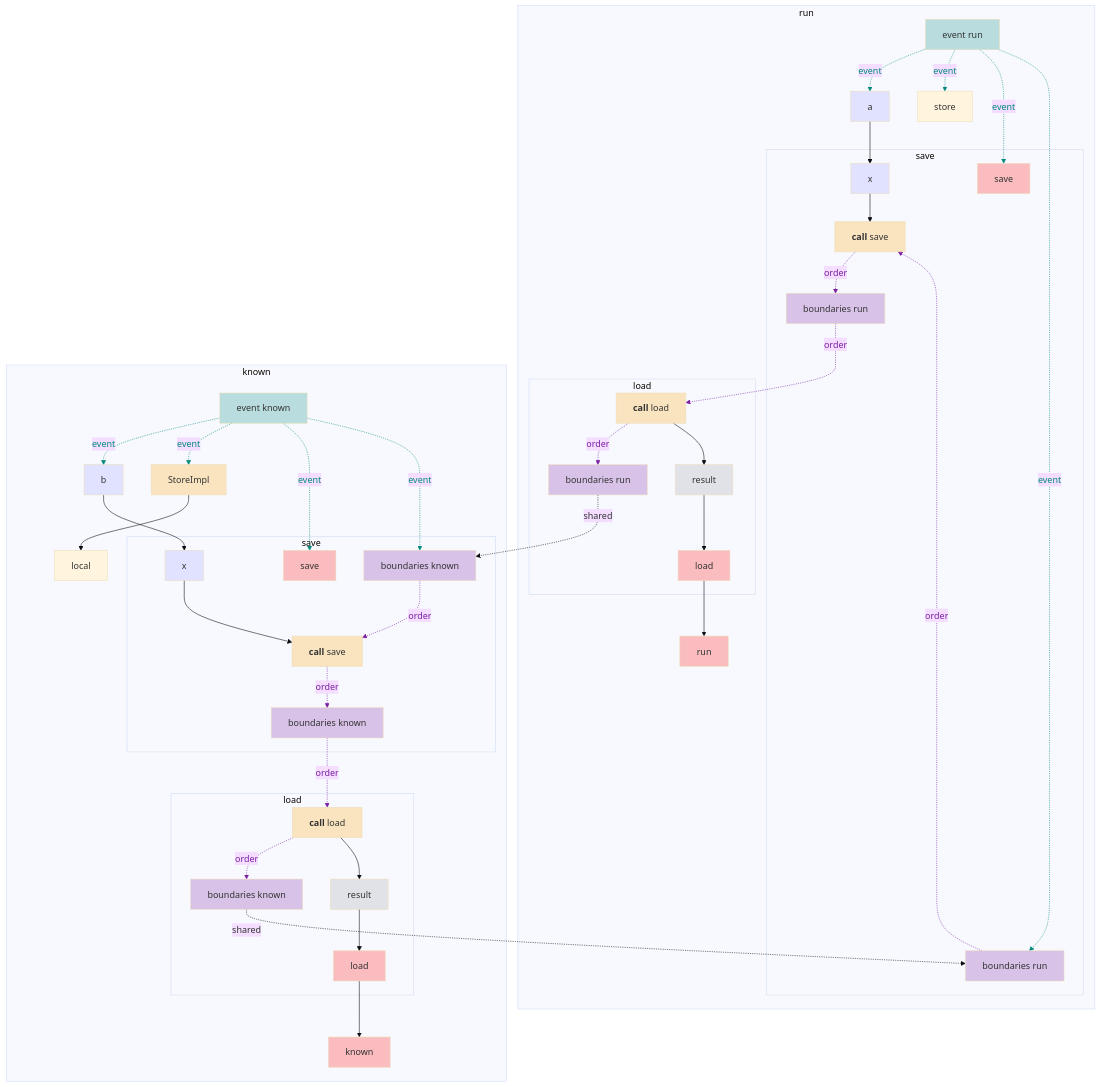
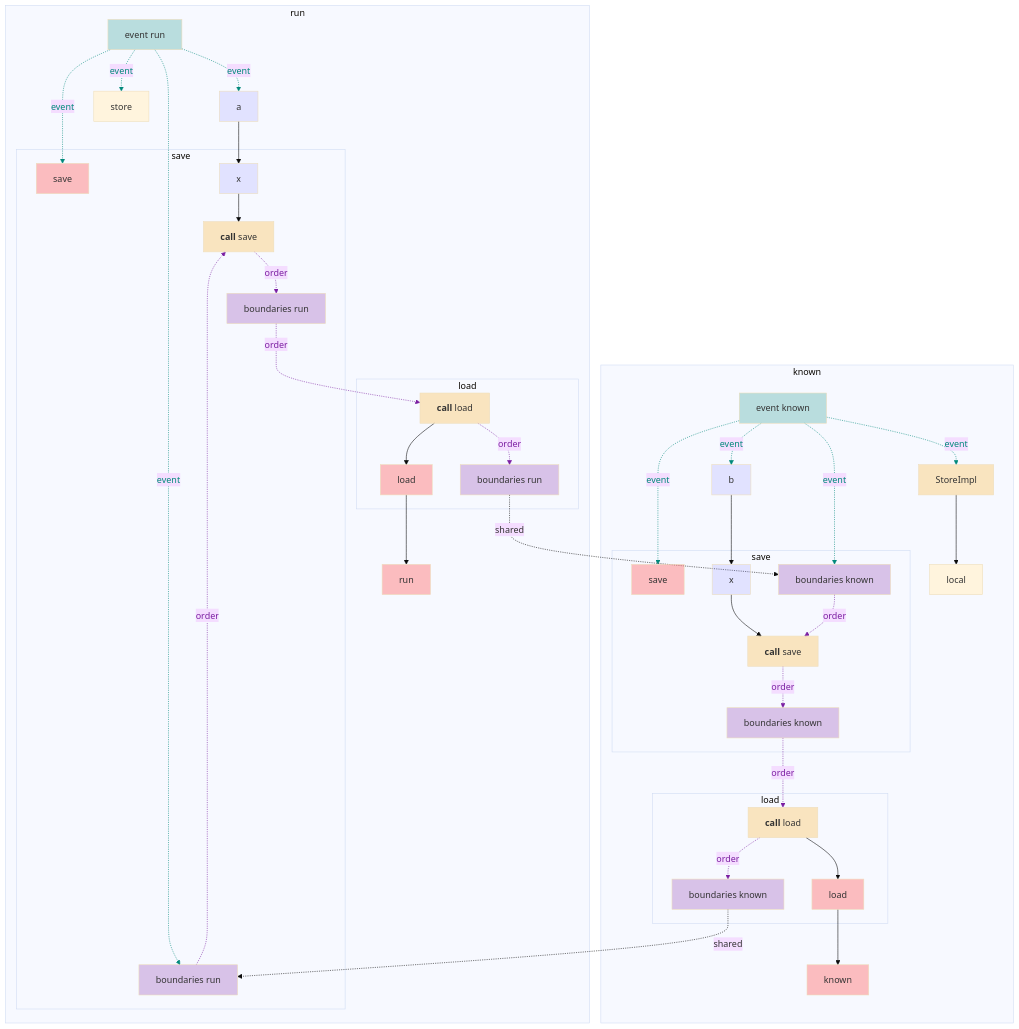
The diagram in app/src/test/resources/boundaryInterface/snapshot.md (gstiebler/codeflow), drawn with Mermaid (base theme) before and after one commit. The commit also changed 10 other files, not shown here.

First line of the commit message:
Boundary calls: a space after the bold `call`, and no `result` local

```diff
--- a/app/src/test/resources/boundaryInterface/snapshot.md
+++ b/app/src/test/resources/boundaryInterface/snapshot.md
@@ -26,48 +26,44 @@
       n12[load]:::RETURN
       n13["`**call** load`"]:::EXTERNAL
       n14[boundaries run]:::BOUNDARIES
-      n15[result]:::VARIABLE
       n13["`**call** load`"]:::EXTERNAL -. order .-> n14[boundaries run]:::BOUNDARIES
-      n13["`**call** load`"]:::EXTERNAL --> n15[result]:::VARIABLE
-      n15[result]:::VARIABLE --> n12[load]:::RETURN
+      n13["`**call** load`"]:::EXTERNAL --> n12[load]:::RETURN
     end
   end
-  subgraph b16["known"]
-    n17[event known]:::EVENT
-    n18[known]:::RETURN
-    n19[b]:::FUNC_PARAM
-    n20[StoreImpl]:::EXTERNAL
-    n21[local]:::OBJ_VARIABLE
-    n17[event known]:::EVENT -. event .-> n19[b]:::FUNC_PARAM
-    n17[event known]:::EVENT -. event .-> n20[StoreImpl]:::EXTERNAL
-    n17[event known]:::EVENT -. event .-> n23[save]:::RETURN
-    n17[event known]:::EVENT -. event .-> n25[boundaries known]:::BOUNDARIES
-    n19[b]:::FUNC_PARAM --> n24[x]:::FUNC_PARAM
-    n20[StoreImpl]:::EXTERNAL --> n21[local]:::OBJ_VARIABLE
-    n27[boundaries known]:::BOUNDARIES -. order .-> n30["`**call** load`"]:::EXTERNAL
-    n29[load]:::RETURN --> n18[known]:::RETURN
-    subgraph b22["save"]
-      n23[save]:::RETURN
-      n24[x]:::FUNC_PARAM
-      n25[boundaries known]:::BOUNDARIES
-      n26["`**call** save`"]:::EXTERNAL
-      n27[boundaries known]:::BOUNDARIES
-      n24[x]:::FUNC_PARAM --> n26["`**call** save`"]:::EXTERNAL
-      n25[boundaries known]:::BOUNDARIES -. order .-> n26["`**call** save`"]:::EXTERNAL
-      n26["`**call** save`"]:::EXTERNAL -. order .-> n27[boundaries known]:::BOUNDARIES
+  subgraph b15["known"]
+    n16[event known]:::EVENT
+    n17[known]:::RETURN
+    n18[b]:::FUNC_PARAM
+    n19[StoreImpl]:::EXTERNAL
+    n20[local]:::OBJ_VARIABLE
+    n16[event known]:::EVENT -. event .-> n18[b]:::FUNC_PARAM
+    n16[event known]:::EVENT -. event .-> n19[StoreImpl]:::EXTERNAL
+    n16[event known]:::EVENT -. event .-> n22[save]:::RETURN
+    n16[event known]:::EVENT -. event .-> n24[boundaries known]:::BOUNDARIES
+    n18[b]:::FUNC_PARAM --> n23[x]:::FUNC_PARAM
+    n19[StoreImpl]:::EXTERNAL --> n20[local]:::OBJ_VARIABLE
+    n26[boundaries known]:::BOUNDARIES -. order .-> n29["`**call** load`"]:::EXTERNAL
+    n28[load]:::RETURN --> n17[known]:::RETURN
+    subgraph b21["save"]
+      n22[save]:::RETURN
+      n23[x]:::FUNC_PARAM
+      n24[boundaries known]:::BOUNDARIES
+      n25["`**call** save`"]:::EXTERNAL
+      n26[boundaries known]:::BOUNDARIES
+      n23[x]:::FUNC_PARAM --> n25["`**call** save`"]:::EXTERNAL
+      n24[boundaries known]:::BOUNDARIES -. order .-> n25["`**call** save`"]:::EXTERNAL
+      n25["`**call** save`"]:::EXTERNAL -. order .-> n26[boundaries known]:::BOUNDARIES
     end
-    subgraph b28["load"]
-      n29[load]:::RETURN
-      n30["`**call** load`"]:::EXTERNAL
-      n31[boundaries known]:::BOUNDARIES
-      n32[result]:::VARIABLE
-      n30["`**call** load`"]:::EXTERNAL -. order .-> n31[boundaries known]:::BOUNDARIES
-      n30["`**call** load`"]:::EXTERNAL --> n32[result]:::VARIABLE
-      n32[result]:::VARIABLE --> n29[load]:::RETURN
+    subgraph b27["load"]
+      n28[load]:::RETURN
+      n29["`**call** load`"]:::EXTERNAL
+      n30[boundaries known]:::BOUNDARIES
+      n29["`**call** load`"]:::EXTERNAL -. order .-> n30[boundaries known]:::BOUNDARIES
+      n29["`**call** load`"]:::EXTERNAL --> n28[load]:::RETURN
     end
   end
-  n14[boundaries run]:::BOUNDARIES -. shared .-> n25[boundaries known]:::BOUNDARIES
-  n31[boundaries known]:::BOUNDARIES -. shared .-> n8[boundaries run]:::BOUNDARIES
+  n14[boundaries run]:::BOUNDARIES -. shared .-> n24[boundaries known]:::BOUNDARIES
+  n30[boundaries known]:::BOUNDARIES -. shared .-> n8[boundaries run]:::BOUNDARIES
   linkStyle 0 stroke:#00897b,color:#00897b
   linkStyle 1 stroke:#00897b,color:#00897b
   linkStyle 2 stroke:#00897b,color:#00897b
@@ -76,14 +72,14 @@
   linkStyle 8 stroke:#7b1fa2,color:#7b1fa2
   linkStyle 9 stroke:#7b1fa2,color:#7b1fa2
   linkStyle 10 stroke:#7b1fa2,color:#7b1fa2
+  linkStyle 12 stroke:#00897b,color:#00897b
   linkStyle 13 stroke:#00897b,color:#00897b
   linkStyle 14 stroke:#00897b,color:#00897b
   linkStyle 15 stroke:#00897b,color:#00897b
-  linkStyle 16 stroke:#00897b,color:#00897b
-  linkStyle 19 stroke:#7b1fa2,color:#7b1fa2
+  linkStyle 18 stroke:#7b1fa2,color:#7b1fa2
+  linkStyle 21 stroke:#7b1fa2,color:#7b1fa2
   linkStyle 22 stroke:#7b1fa2,color:#7b1fa2
   linkStyle 23 stroke:#7b1fa2,color:#7b1fa2
-  linkStyle 24 stroke:#7b1fa2,color:#7b1fa2
   classDef LITERAL fill:#00FF0030
   classDef VARIABLE fill:#80808030
   classDef BIN_OP fill:#80808080
```
